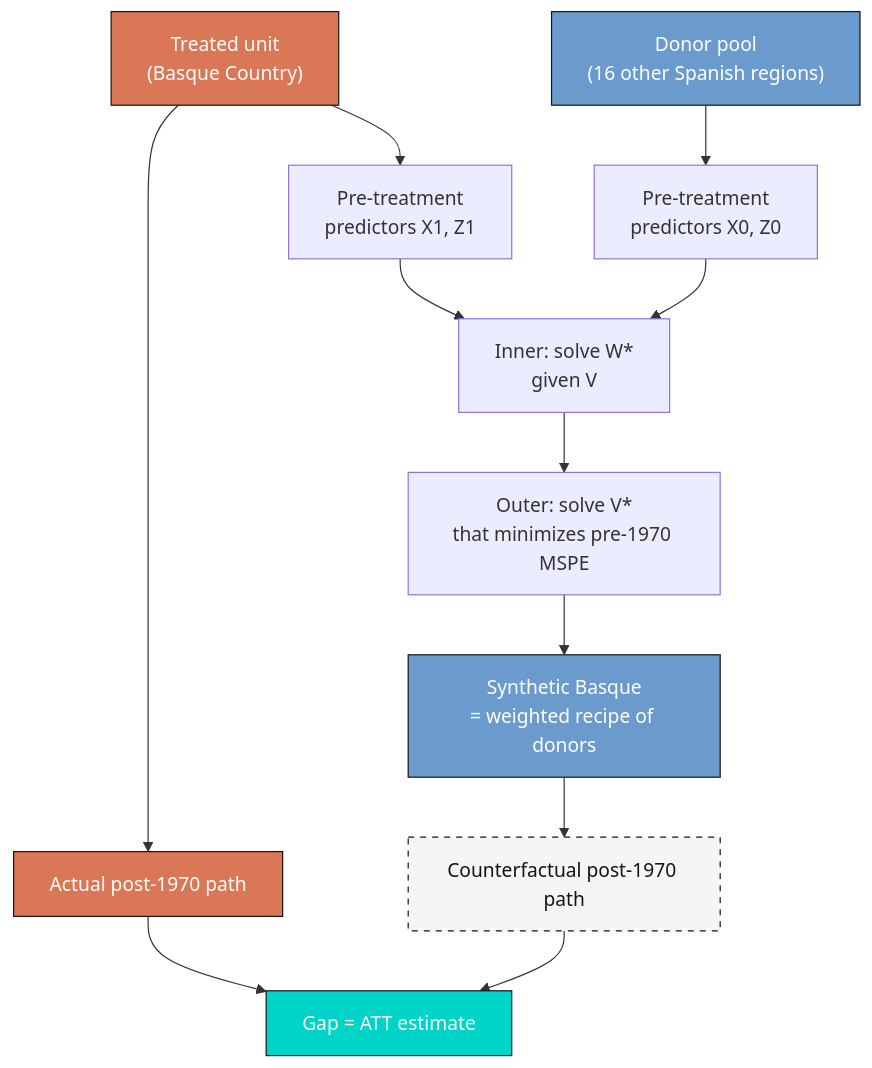
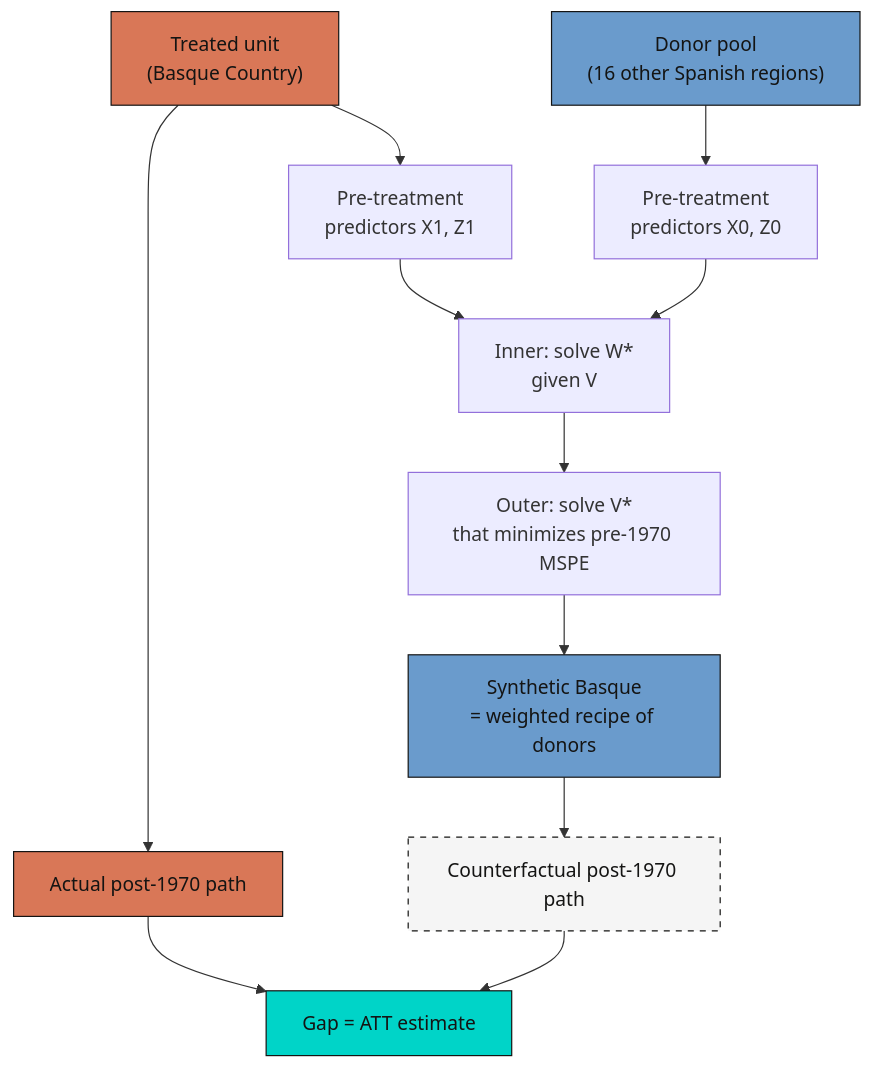
Before and after one commit to cmg777/starter-academic-v501: the diagram in content/post/r_basic_synthetic_control/index.md, drawn with Mermaid. The commit also changed 67 other files, not shown here.

First line of the commit message:
fix(mermaid): readable diagram text in both themes across the site

````diff
--- a/content/post/r_basic_synthetic_control/index.md
+++ b/content/post/r_basic_synthetic_control/index.md
@@ -85,19 +85,19 @@
 ```mermaid
 flowchart TD
     A["Treated unit<br/>(Basque Country)"] --> C["Pre-treatment<br/>predictors X1, Z1"]
     B["Donor pool<br/>(16 other Spanish regions)"] --> D["Pre-treatment<br/>predictors X0, Z0"]
     C --> E["Inner: solve W*<br/>given V"]
     D --> E
     E --> F["Outer: solve V*<br/>that minimizes pre-1970 MSPE"]
     F --> G["Synthetic Basque<br/>= weighted recipe of donors"]
     A --> H["Actual post-1970 path"]
     G --> I["Counterfactual post-1970 path"]
     H --> J["Gap = ATT estimate"]
     I --> J
-    style A fill:#d97757,stroke:#141413,color:#fff
-    style B fill:#6a9bcc,stroke:#141413,color:#fff
-    style G fill:#6a9bcc,stroke:#141413,color:#fff
-    style H fill:#d97757,stroke:#141413,color:#fff
+    style A fill:#d97757,stroke:#141413,color:#141413
+    style B fill:#6a9bcc,stroke:#141413,color:#141413
+    style G fill:#6a9bcc,stroke:#141413,color:#141413
+    style H fill:#d97757,stroke:#141413,color:#141413
     style I fill:#f5f5f5,stroke:#141413,color:#141413,stroke-dasharray:5 5
-    style J fill:#00d4c8,stroke:#141413,color:#fff
+    style J fill:#00d4c8,stroke:#141413,color:#141413
 ```
````
